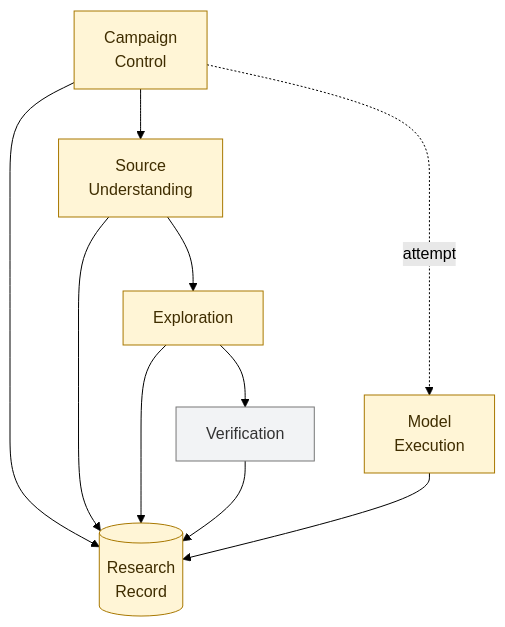
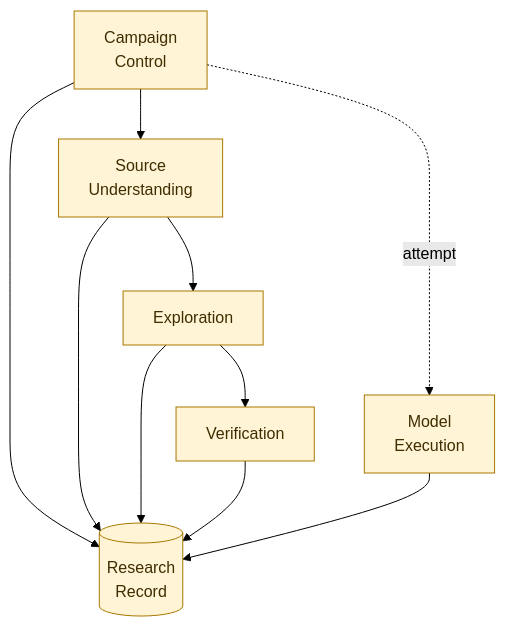
The second of 4 diagrams in docs/design/architecture/module-map.md (momoponwork1415-lgtm/wordpress-harness), drawn with Mermaid (forest theme) before and after one commit. The commit also changed other lines of this file and 18 other files, not shown here.

````diff
--- a/docs/design/architecture/module-map.md
+++ b/docs/design/architecture/module-map.md
@@ -57,26 +57,25 @@
 ```mermaid
 flowchart TB
     campaign["Campaign<br/>Control"]
     understand["Source<br/>Understanding"]
     explore["Exploration"]
     verify["Verification"]
     execution["Model<br/>Execution"]
     record[("Research<br/>Record")]
 
     campaign --> understand
     understand --> explore
     explore --> verify
 
     campaign -. "attempt" .-> execution
 
     campaign --> record
     understand --> record
     explore --> record
     verify --> record
     execution --> record
 
     classDef partial fill:#fff5d6,stroke:#a87800,color:#3f2d00;
     classDef planned fill:#f2f3f5,stroke:#777,color:#333;
-    class campaign,understand,explore,execution,record partial;
-    class verify planned;
+    class campaign,understand,explore,verify,execution,record partial;
 ```
````
